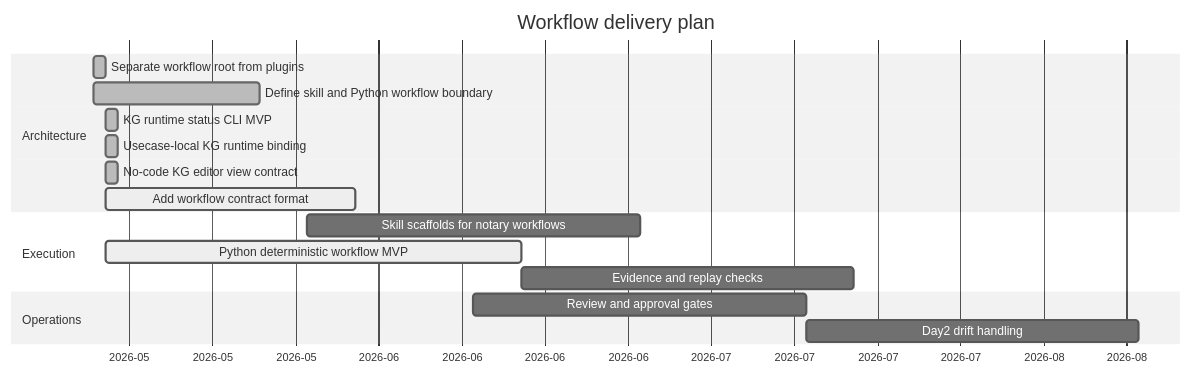
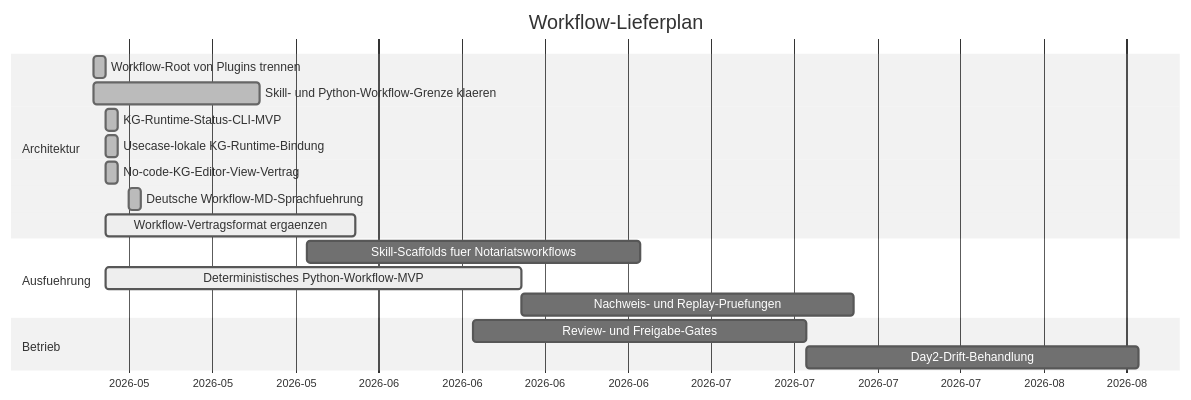
The diagram in workflows/GANTT.md (notariat8/NaC), drawn with Mermaid (neutral theme) before and after one commit. The commit also changed other lines of this file and 67 other files, not shown here.

````diff
--- a/workflows/GANTT.md
+++ b/workflows/GANTT.md
@@ -5,23 +5,24 @@
 ```mermaid
 gantt
-    title Workflow delivery plan
+    title Workflow-Lieferplan
     dateFormat  YYYY-MM-DD
     axisFormat  %Y-%m
 
-    section Architecture
-    Separate workflow root from plugins         :done,   w1, 2026-05-14, 1d
-    Define skill and Python workflow boundary   :done,   w2, 2026-05-14, 14d
-    KG runtime status CLI MVP                   :done,   w3, 2026-05-15, 1d
-    Usecase-local KG runtime binding            :done,   w3a, 2026-05-15, 1d
-    No-code KG editor view contract             :done,   w4a, 2026-05-15, 1d
-    Add workflow contract format                :active, w4, 2026-05-15, 21d
+    section Architektur
+    Workflow-Root von Plugins trennen          :done,   w1, 2026-05-14, 1d
+    Skill- und Python-Workflow-Grenze klaeren  :done,   w2, 2026-05-14, 14d
+    KG-Runtime-Status-CLI-MVP                  :done,   w3, 2026-05-15, 1d
+    Usecase-lokale KG-Runtime-Bindung          :done,   w3a, 2026-05-15, 1d
+    No-code-KG-Editor-View-Vertrag             :done,   w4a, 2026-05-15, 1d
+    Deutsche Workflow-MD-Sprachfuehrung        :done,   w4b, 2026-05-17, 1d
+    Workflow-Vertragsformat ergaenzen          :active, w4, 2026-05-15, 21d
 
-    section Execution
-    Skill scaffolds for notary workflows        :        w5, 2026-06-01, 28d
-    Python deterministic workflow MVP           :active, w6, 2026-05-15, 35d
-    Evidence and replay checks                  :        w7, after w6, 28d
+    section Ausfuehrung
+    Skill-Scaffolds fuer Notariatsworkflows    :        w5, 2026-06-01, 28d
+    Deterministisches Python-Workflow-MVP      :active, w6, 2026-05-15, 35d
+    Nachweis- und Replay-Pruefungen            :        w7, after w6, 28d
 
-    section Operations
-    Review and approval gates                   :        w8, 2026-06-15, 28d
-    Day2 drift handling                         :        w9, after w8, 28d
+    section Betrieb
+    Review- und Freigabe-Gates                 :        w8, 2026-06-15, 28d
+    Day2-Drift-Behandlung                      :        w9, after w8, 28d
 ```
````
